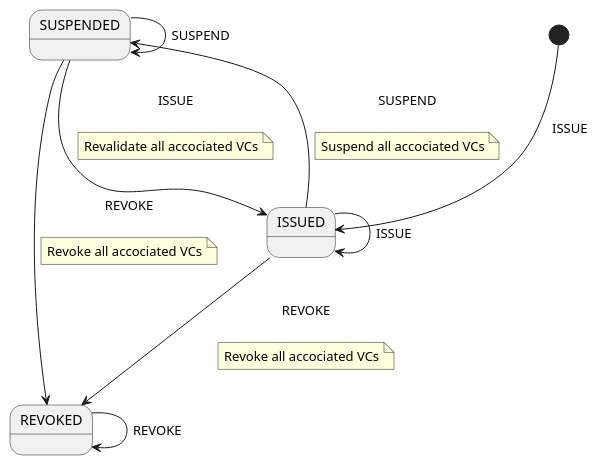
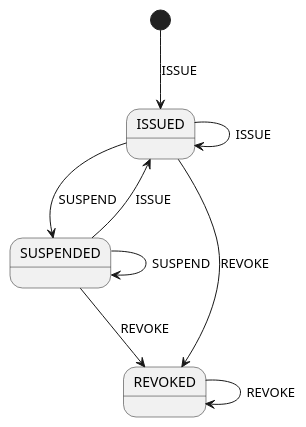
The diagram in issuer-service/src/main/resources/plantuml/credentialManagementStateMachine.puml (swiyu-admin-ch/swiyu-issuer), drawn with PlantUML before and after one commit. The commit also changed 38 other files, not shown here.

```diff
--- a/issuer-service/src/main/resources/plantuml/credentialManagementStateMachine.puml
+++ b/issuer-service/src/main/resources/plantuml/credentialManagementStateMachine.puml
@@ -1,29 +1,13 @@
 @startuml
+state ISSUED
 state SUSPENDED
 state REVOKED
-state ISSUED
 [*] --> ISSUED : ISSUE
-ISSUED --> SUSPENDED : SUSPEND\n
-note on link
-Suspend all accociated VCs
-end note
-
+ISSUED --> SUSPENDED : SUSPEND
 ISSUED --> ISSUED : ISSUE
-SUSPENDED --> ISSUED : ISSUE\n
-note on link
-Revalidate all accociated VCs
-end note
-
-ISSUED --> REVOKED : REVOKE\n
-note on link
-Revoke all accociated VCs
-end note
-
-SUSPENDED --> REVOKED : REVOKE\n
-note on link
-Revoke all accociated VCs
-end note
-
+SUSPENDED --> ISSUED : ISSUE
+ISSUED --> REVOKED : REVOKE
+SUSPENDED --> REVOKED : REVOKE
 REVOKED --> REVOKED : REVOKE
 SUSPENDED --> SUSPENDED : SUSPEND
 @enduml
```
